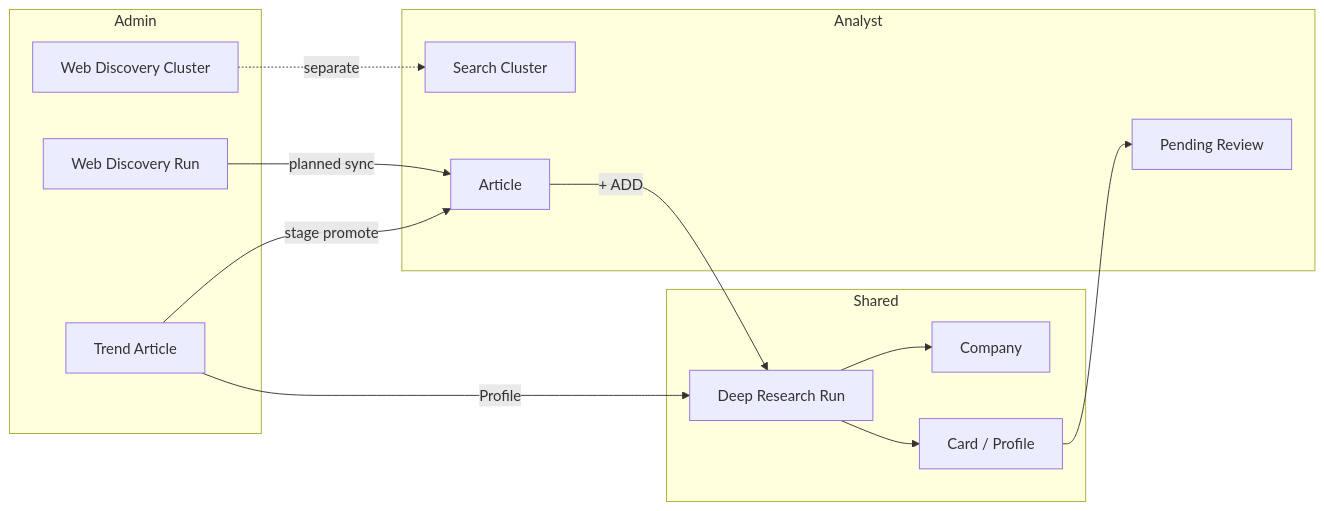
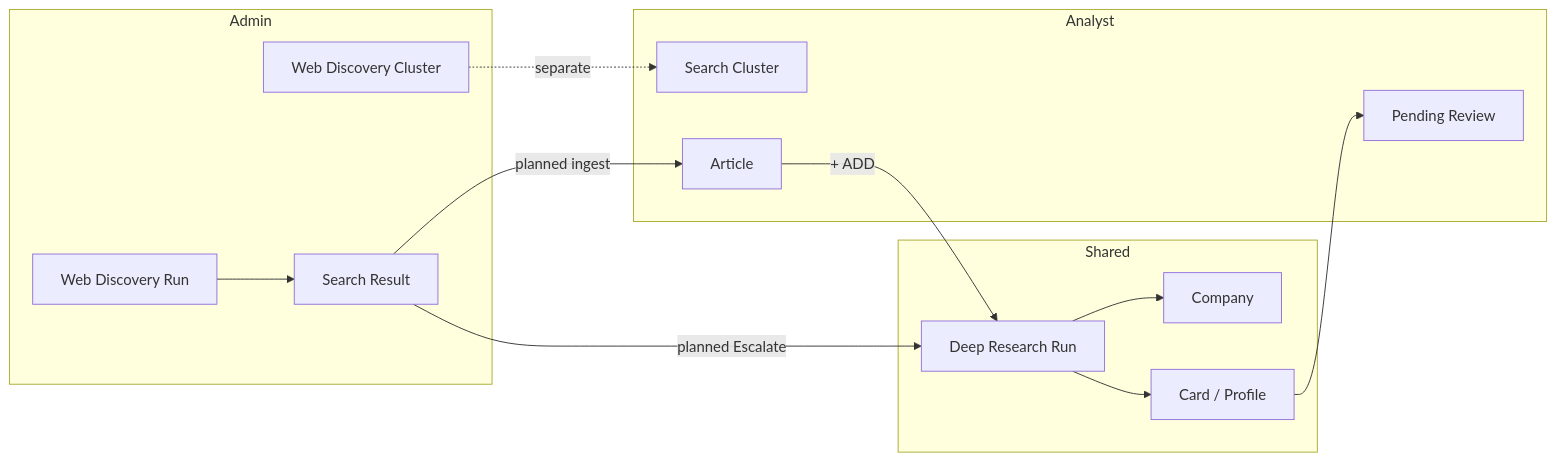
Before and after one commit to Growth-Maschine/NORAD-INTEL-ENGINE-V1: the sixth of 7 diagrams in docs/phase-1/P1-03.md, drawn with Mermaid. The commit also changed other lines of this file and 9 other files, not shown here.

````diff
--- a/docs/phase-1/P1-03.md
+++ b/docs/phase-1/P1-03.md
@@ -308,27 +427,27 @@
 ```mermaid
 flowchart LR
     subgraph Admin
         WDC[Web Discovery Cluster]
-        TA[Trend Article]
+        SR[Search Result]
         WDR[Web Discovery Run]
     end
     subgraph Shared
         DRR[Deep Research Run]
         CO[Company]
         CARD[Card / Profile]
     end
     subgraph Analyst
         SC[Search Cluster]
         ART[Article]
         PR[Pending Review]
     end
 
-    WDR -->|planned sync| ART
-    TA -->|stage promote| ART
+    WDR --> SR
+    SR -->|planned ingest| ART
+    SR -->|planned Escalate| DRR
     WDC -.->|separate| SC
-    TA -->|Profile| DRR
     ART -->|+ ADD| DRR
     DRR --> CO
     DRR --> CARD
     CARD --> PR
 ```
````
